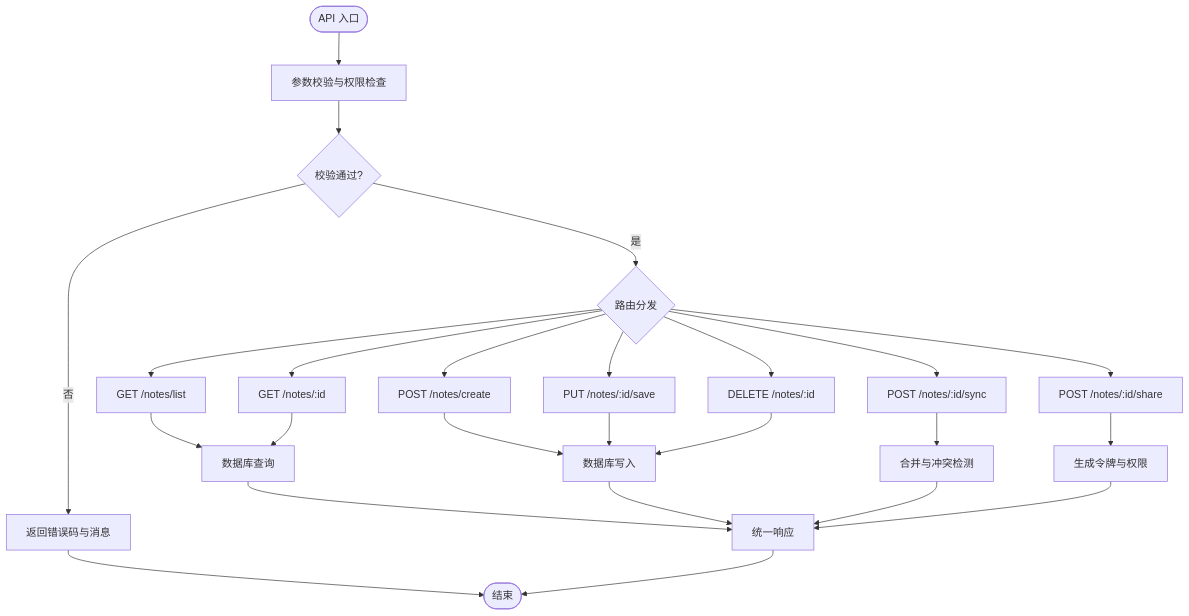
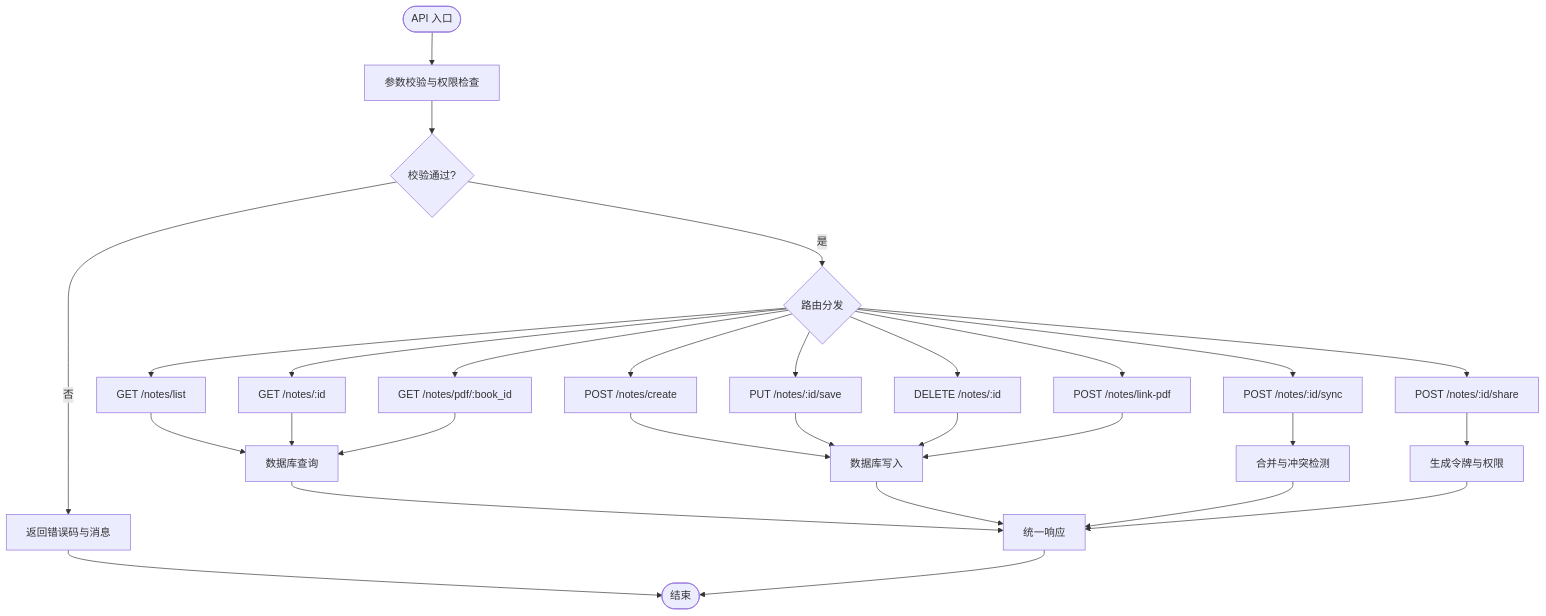
The fourth of 12 diagrams in .qoder/repowiki/zh/content/后端架构/路由设计/笔记管理路由.md (abokyoy/LectureLearnLoop), drawn with Mermaid before and after one commit. The commit also changed other lines of this file and 91 other files, not shown here.

````diff
--- a/.qoder/repowiki/zh/content/后端架构/路由设计/笔记管理路由.md
+++ b/.qoder/repowiki/zh/content/后端架构/路由设计/笔记管理路由.md
@@ -219,27 +247,31 @@
 ```mermaid
 flowchart TD
 Start(["API 入口"]) --> Validate["参数校验与权限检查"]
 Validate --> Valid{"校验通过?"}
 Valid --> |否| Err["返回错误码与消息"]
 Valid --> |是| Route{"路由分发"}
 Route --> List["GET /notes/list"]
 Route --> Detail["GET /notes/:id"]
 Route --> Create["POST /notes/create"]
 Route --> Save["PUT /notes/:id/save"]
 Route --> Delete["DELETE /notes/:id"]
 Route --> Sync["POST /notes/:id/sync"]
 Route --> Share["POST /notes/:id/share"]
+Route --> PDFList["GET /notes/pdf/:book_id"]
+Route --> PDFAssociate["POST /notes/link-pdf"]
 List --> DBQ["数据库查询"]
 Detail --> DBQ
 Create --> DBW["数据库写入"]
 Save --> DBW
 Delete --> DBW
 Sync --> Merge["合并与冲突检测"]
 Share --> GenToken["生成令牌与权限"]
+PDFList --> DBQ
+PDFAssociate --> DBW
 DBQ --> Resp["统一响应"]
 DBW --> Resp
 Merge --> Resp
 GenToken --> Resp
 Err --> End(["结束"])
 Resp --> End
 ```
````
